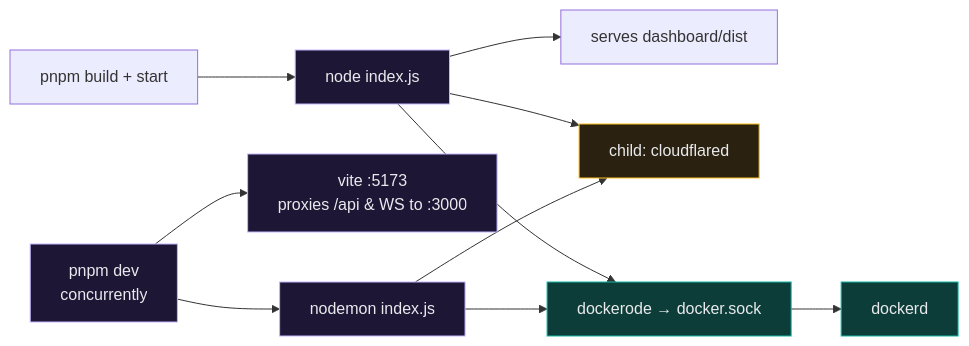
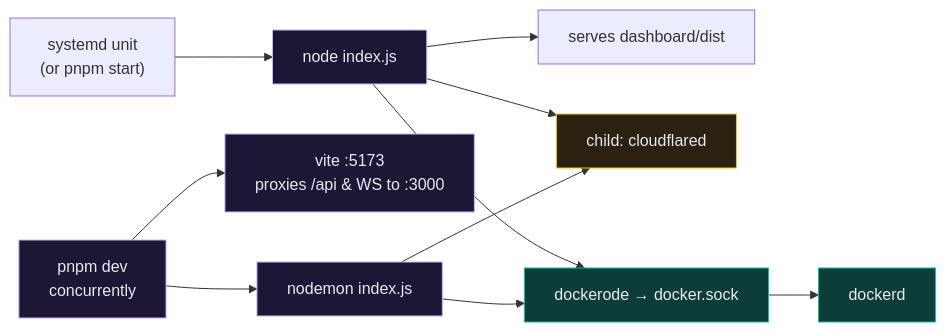
One commit to Cypher0071/Home_Cloud changed the second of 7 diagrams in docs/SYSTEM_DESIGN.md. Above: the diagram before and after it, drawn with Mermaid. The commit also changed other lines of this file and 21 other files, not shown here.

First line of the commit message:
docs: trim docs/ to the current architecture, design, roadmap and tradeoffs

````diff
--- a/docs/SYSTEM_DESIGN.md
+++ b/docs/SYSTEM_DESIGN.md
@@ -208,20 +232,20 @@
 ```mermaid
 flowchart LR
   classDef proc fill:#1e1635,stroke:#c4b5fd,color:#e8eaed
   classDef child fill:#2a2110,stroke:#fbbf24,color:#e8eaed
   classDef engine fill:#0d3d38,stroke:#14b8a6,color:#e8eaed
 
   DEV["pnpm dev<br/>concurrently"] --> ADEV["nodemon index.js"]
   DEV --> VITE["vite  :5173<br/>proxies /api & WS to :3000"]
-  PROD["pnpm build + start"] --> APROD["node index.js"]
+  PROD["systemd unit<br/>(or pnpm start)"] --> APROD["node index.js"]
   APROD --> STATIC["serves dashboard/dist"]
   ADEV --> CF["child: cloudflared"]
   APROD --> CF
   ADEV --> D["dockerode → docker.sock"]
   APROD --> D
   D --> E["dockerd"]
 
   class DEV,ADEV,APROD,VITE proc
   class CF child
   class D,E engine
 ```
````
